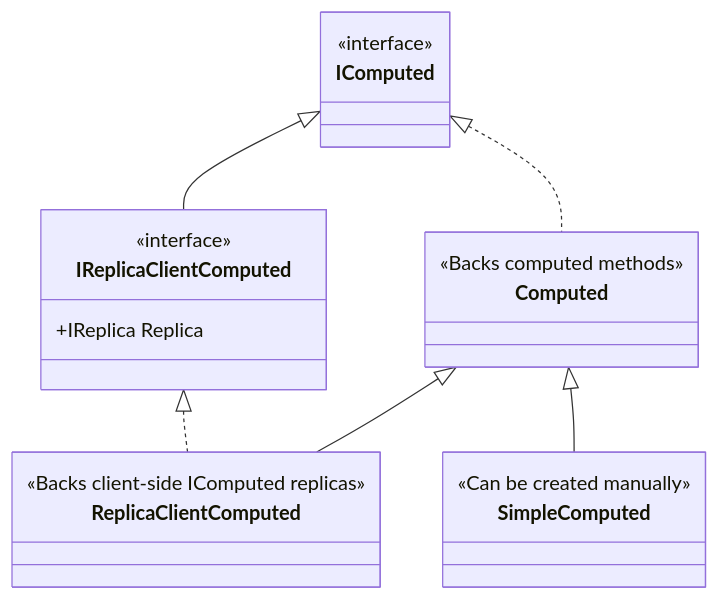
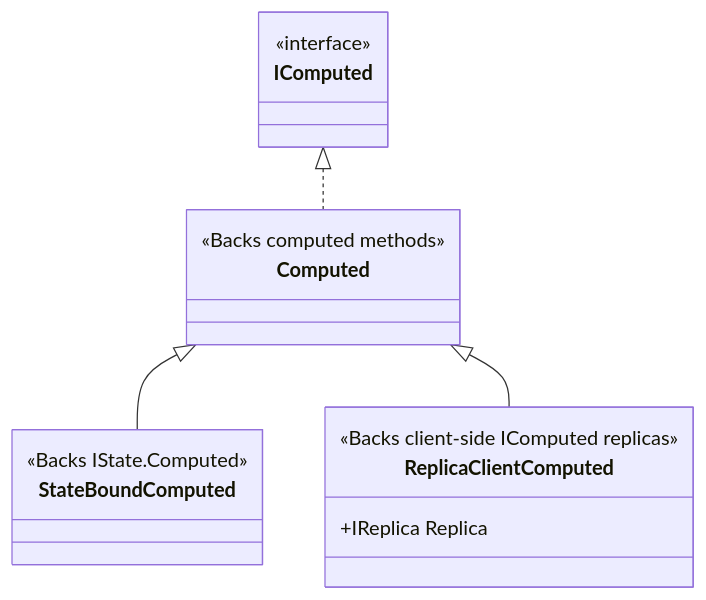
Before and after one commit to servicetitan/Stl.Fusion: the diagram in docs/img-src/Computed-Classes.mmd, drawn with Mermaid. The commit also changed 100 other files, not shown here.

Commit message:
doc: Fix some diagrams

```diff
--- a/docs/img-src/Computed-Classes.mmd
+++ b/docs/img-src/Computed-Classes.mmd
@@ -1,22 +1,17 @@
 classDiagram
-  IComputed <|-- IReplicaClientComputed
   IComputed <|.. Computed
-  IReplicaClientComputed <|.. ReplicaClientComputed
-  Computed <|-- SimpleComputed
+  Computed <|-- StateBoundComputed
   Computed <|-- ReplicaClientComputed
   class IComputed {
     <<interface>>
   }
-  class IReplicaClientComputed {
-    <<interface>>
-    +IReplica Replica 
-  }
   class Computed {
     <<Backs computed methods>>
   }
+  class StateBoundComputed {
+    <<Backs IState.Computed>>
+  }
   class ReplicaClientComputed {
     <<Backs client-side IComputed replicas>>
+    +IReplica Replica 
   }
-  class SimpleComputed {
-    <<Can be created manually>>
-  }
```
